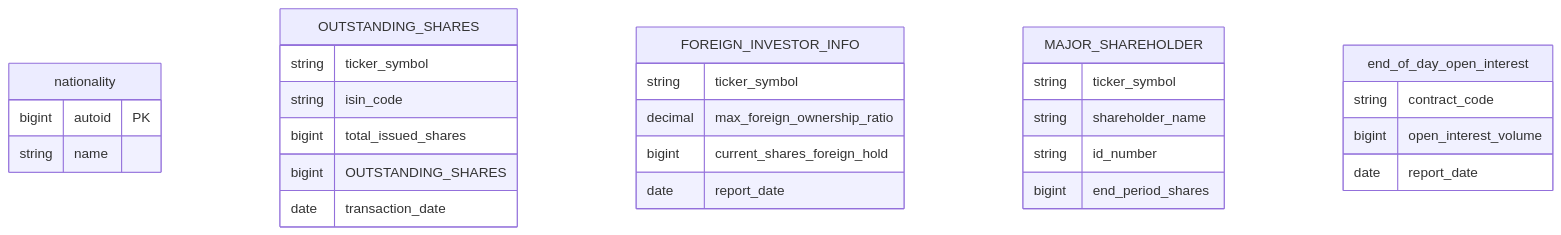
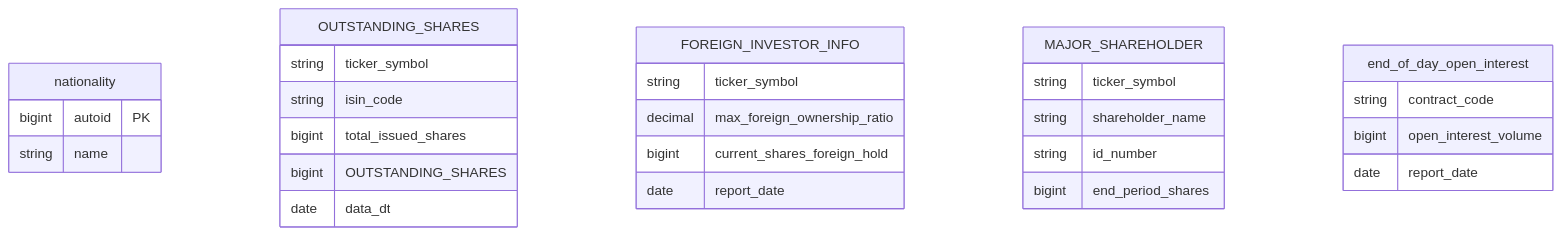
One commit to linhlvit/ubck_atomic_design changed the first of 2 diagrams in DataModel/working/Atomic/hld/VSDC_HLD_Tier1.md. Above: the diagram before and after it, drawn with Mermaid. The commit also changed 9 other files, not shown here.

````diff
--- a/DataModel/working/Atomic/hld/VSDC_HLD_Tier1.md
+++ b/DataModel/working/Atomic/hld/VSDC_HLD_Tier1.md
@@ -22,31 +22,31 @@
 ```mermaid
 erDiagram
     nationality {
         bigint autoid PK
         string name
     }
     OUTSTANDING_SHARES {
         string ticker_symbol
         string isin_code
         bigint total_issued_shares
         bigint OUTSTANDING_SHARES
-        date transaction_date
+        date data_dt
     }
     FOREIGN_INVESTOR_INFO {
         string ticker_symbol
         decimal max_foreign_ownership_ratio
         bigint current_shares_foreign_hold
         date report_date
     }
     MAJOR_SHAREHOLDER {
         string ticker_symbol
         string shareholder_name
         string id_number
         bigint end_period_shares
     }
     end_of_day_open_interest {
         string contract_code
         bigint open_interest_volume
         date report_date
     }
 ```
````
